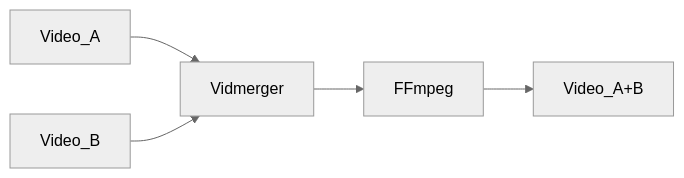
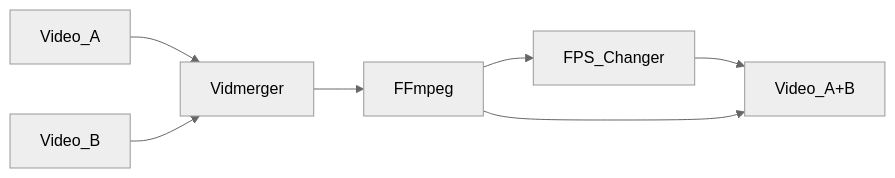
The diagram in README.md (tgotwig/vidmerger), drawn with Mermaid (neutral theme) before and after one commit.

Commit message:
Add FPS_Changer to mermaid diagram

````diff
--- a/README.md
+++ b/README.md
@@ -8,7 +8,9 @@
 ```mermaid
 graph LR;
 Video_A-->Vidmerger;
 Video_B-->Vidmerger;
 Vidmerger-->FFmpeg;
+FFmpeg-->FPS_Changer;
+FPS_Changer-->Video_A+B;
 FFmpeg-->Video_A+B;
 ```
````
